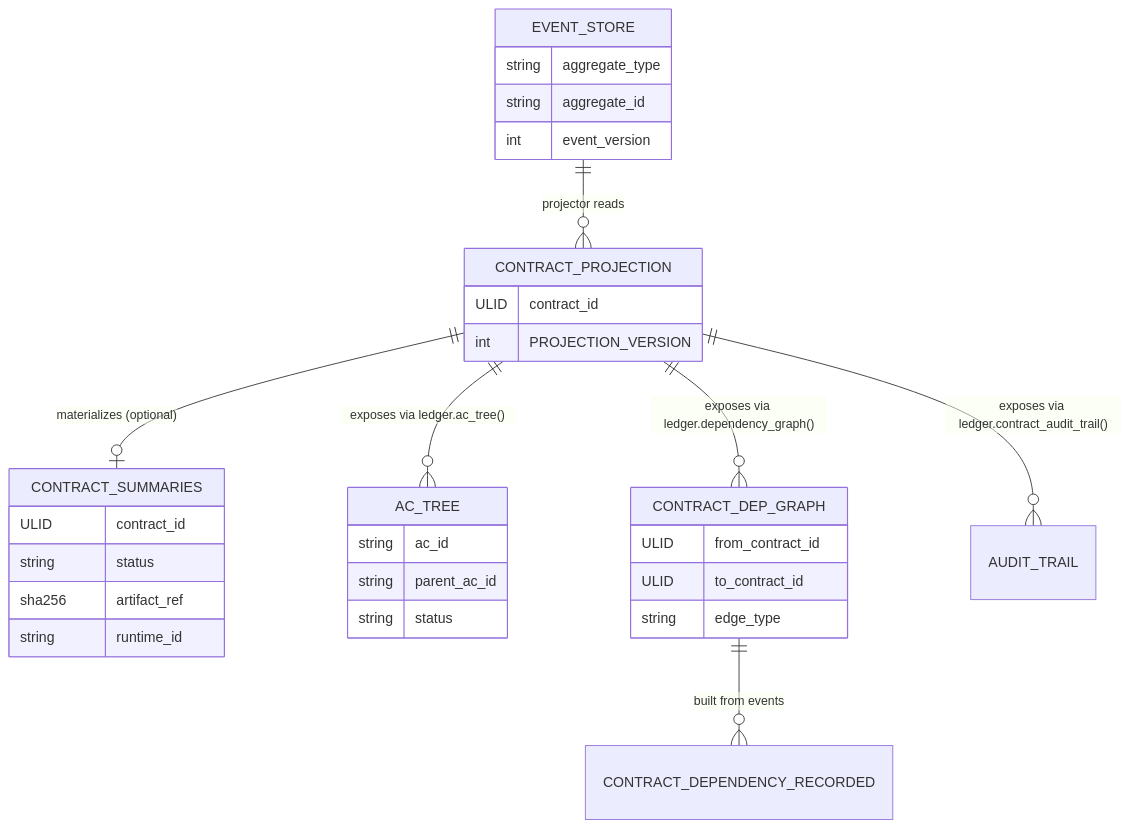
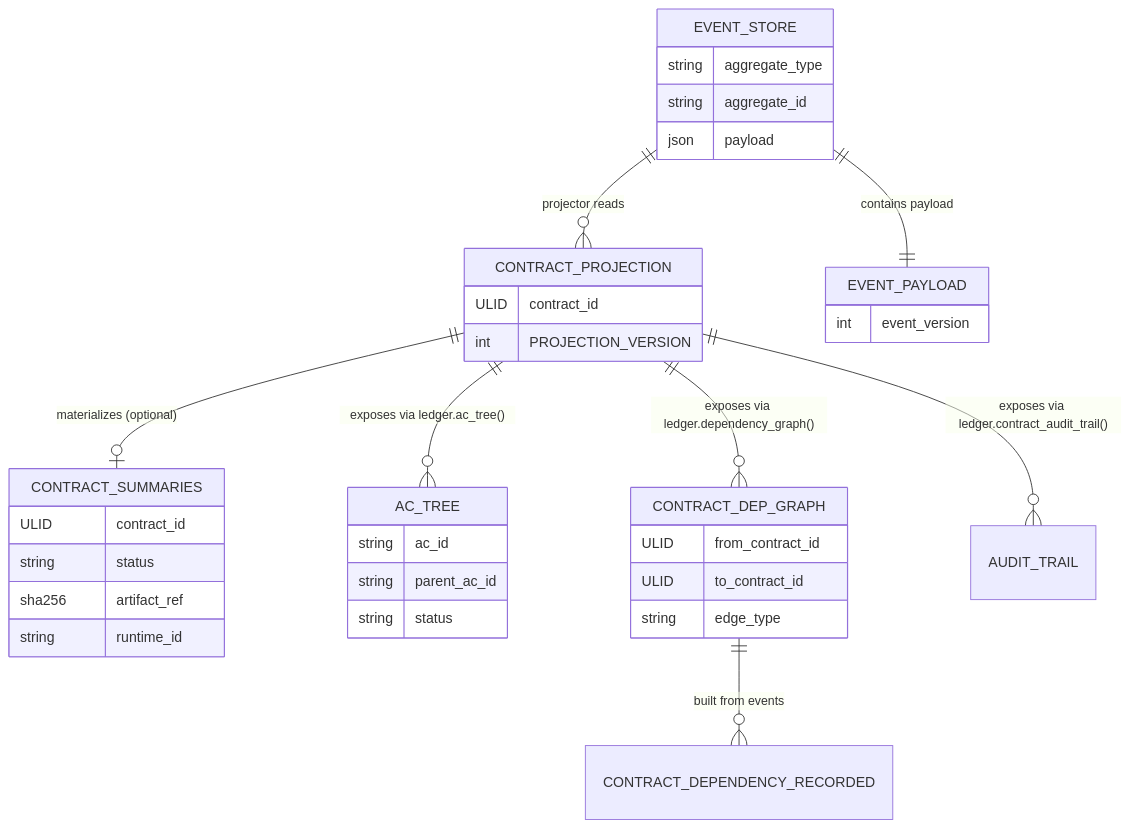
One commit to Q00/ouroboros changed the first of 2 diagrams in docs/rfc/contract-ledger.md. Above: the diagram before and after it, drawn with Mermaid. The commit also changed other lines of this file, not shown here.

````diff
--- a/docs/rfc/contract-ledger.md
+++ b/docs/rfc/contract-ledger.md
@@ -165,35 +168,40 @@
 ```mermaid
 erDiagram
     EVENT_STORE ||--o{ CONTRACT_PROJECTION : "projector reads"
     CONTRACT_PROJECTION ||--o| CONTRACT_SUMMARIES : "materializes (optional)"
     CONTRACT_PROJECTION ||--o{ AC_TREE : "exposes via ledger.ac_tree()"
     CONTRACT_PROJECTION ||--o{ CONTRACT_DEP_GRAPH : "exposes via ledger.dependency_graph()"
     CONTRACT_PROJECTION ||--o{ AUDIT_TRAIL : "exposes via ledger.contract_audit_trail()"
     CONTRACT_DEP_GRAPH ||--o{ CONTRACT_DEPENDENCY_RECORDED : "built from events"
 
     EVENT_STORE {
         string aggregate_type
         string aggregate_id
+        json payload
+    }
+    EVENT_PAYLOAD {
         int event_version
     }
+    EVENT_STORE ||--|| EVENT_PAYLOAD : "contains payload"
+
     CONTRACT_PROJECTION {
         ULID contract_id
         int PROJECTION_VERSION
     }
     CONTRACT_SUMMARIES {
         ULID contract_id
         string status
         sha256 artifact_ref
         string runtime_id
     }
     AC_TREE {
         string ac_id
         string parent_ac_id
         string status
     }
     CONTRACT_DEP_GRAPH {
         ULID from_contract_id
         ULID to_contract_id
         string edge_type
     }
 ```
````
